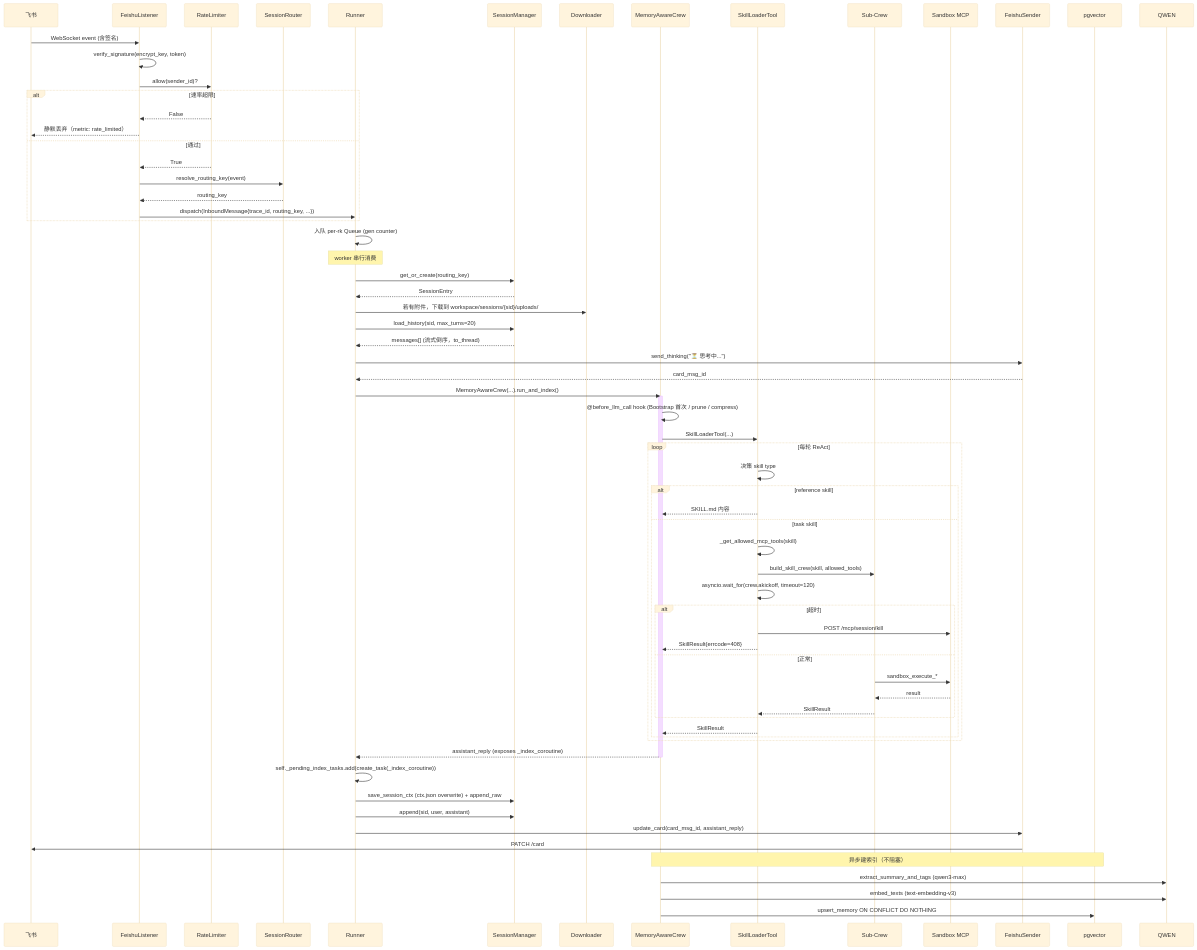
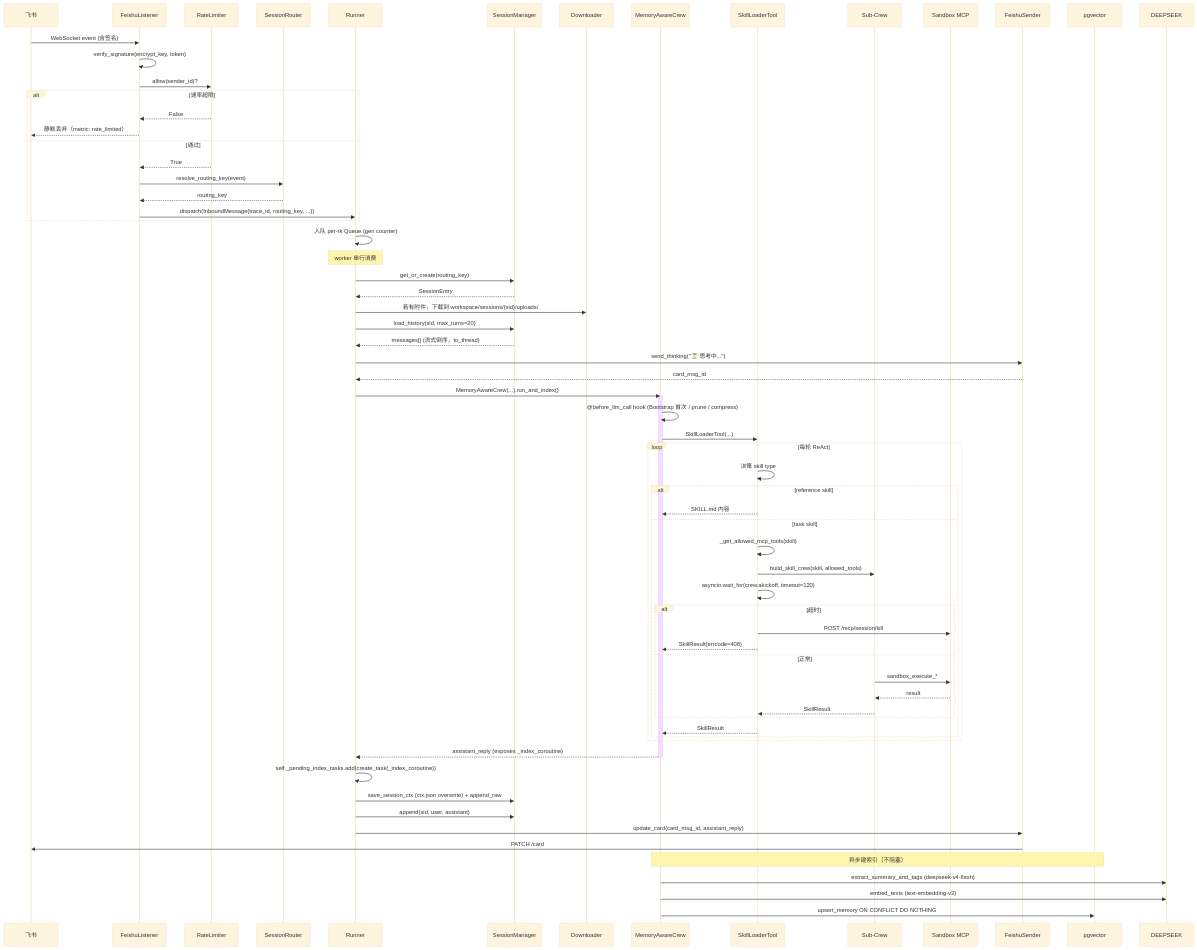
Before and after one commit to howdyli/xuanji: the second of 3 diagrams in docs/01-architecture.md, drawn with Mermaid (base theme). The commit also changed other lines of this file and 212 other files, not shown here.

````diff
--- a/docs/01-architecture.md
+++ b/docs/01-architecture.md
@@ -136,78 +136,78 @@
 ```mermaid
 sequenceDiagram
     participant F as 飞书
     participant FL as FeishuListener
     participant RL as RateLimiter
     participant SR as SessionRouter
     participant R as Runner
     participant SM as SessionManager
     participant DL as Downloader
     participant MC as MemoryAwareCrew
     participant SLT as SkillLoaderTool
     participant SC as Sub-Crew
     participant SB as Sandbox MCP
     participant FS as FeishuSender
     participant PGV as pgvector
 
     F->>FL: WebSocket event (含签名)
     FL->>FL: verify_signature(encrypt_key, token)
     FL->>RL: allow(sender_id)?
     alt 速率超限
         RL-->>FL: False
         FL-->>F: 静默丢弃（metric: rate_limited）
     else 通过
         RL-->>FL: True
         FL->>SR: resolve_routing_key(event)
         SR-->>FL: routing_key
         FL->>R: dispatch(InboundMessage{trace_id, routing_key, ...})
     end
 
     R->>R: 入队 per-rk Queue (gen counter)
 
     Note over R: worker 串行消费
     R->>SM: get_or_create(routing_key)
     SM-->>R: SessionEntry
     R->>DL: 若有附件，下载到 workspace/sessions/{sid}/uploads/
     R->>SM: load_history(sid, max_turns=20)
     SM-->>R: messages[] (流式倒序，to_thread)
 
     R->>FS: send_thinking("⏳ 思考中...")
     FS-->>R: card_msg_id
     R->>MC: MemoryAwareCrew(...).run_and_index()
 
     activate MC
     MC->>MC: @before_llm_call hook (Bootstrap 首次 / prune / compress)
     MC->>SLT: SkillLoaderTool(...)
     loop 每轮 ReAct
         SLT->>SLT: 决策 skill type
         alt reference skill
             SLT-->>MC: SKILL.md 内容
         else task skill
             SLT->>SLT: _get_allowed_mcp_tools(skill)
             SLT->>SC: build_skill_crew(skill, allowed_tools)
             SLT->>SLT: asyncio.wait_for(crew.akickoff, timeout=120)
             alt 超时
                 SLT->>SB: POST /mcp/session/kill
                 SLT-->>MC: SkillResult{errcode=408}
             else 正常
                 SC->>SB: sandbox_execute_*
                 SB-->>SC: result
                 SC-->>SLT: SkillResult
             end
             SLT-->>MC: SkillResult
         end
     end
     MC-->>R: assistant_reply (exposes _index_coroutine)
     deactivate MC
 
     R->>R: self._pending_index_tasks.add(create_task(_index_coroutine))
     R->>SM: save_session_ctx (ctx.json overwrite) + append_raw
     R->>SM: append(sid, user, assistant)
     R->>FS: update_card(card_msg_id, assistant_reply)
     FS->>F: PATCH /card
 
     Note over MC, PGV: 异步建索引（不阻塞）
-    MC->>QWEN: extract_summary_and_tags (qwen3-max)
-    MC->>QWEN: embed_texts (text-embedding-v3)
+    MC->>DEEPSEEK: extract_summary_and_tags (deepseek-v4-flash)
+    MC->>DEEPSEEK: embed_texts (text-embedding-v3)
     MC->>PGV: upsert_memory ON CONFLICT DO NOTHING
 ```
````
